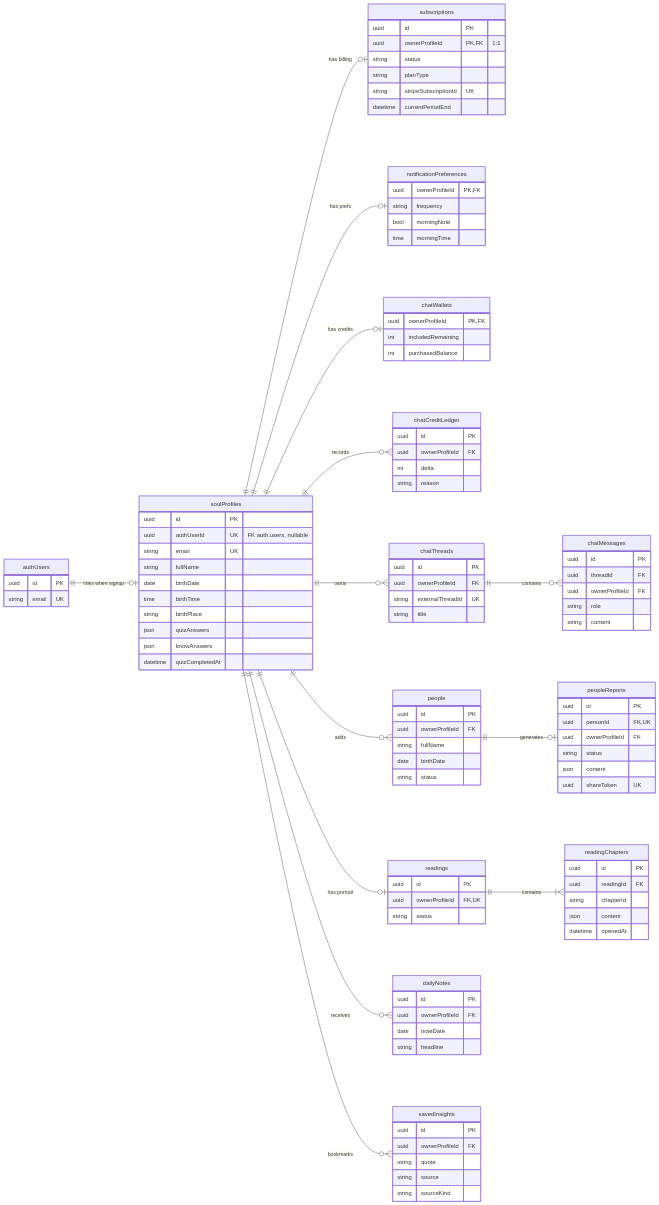
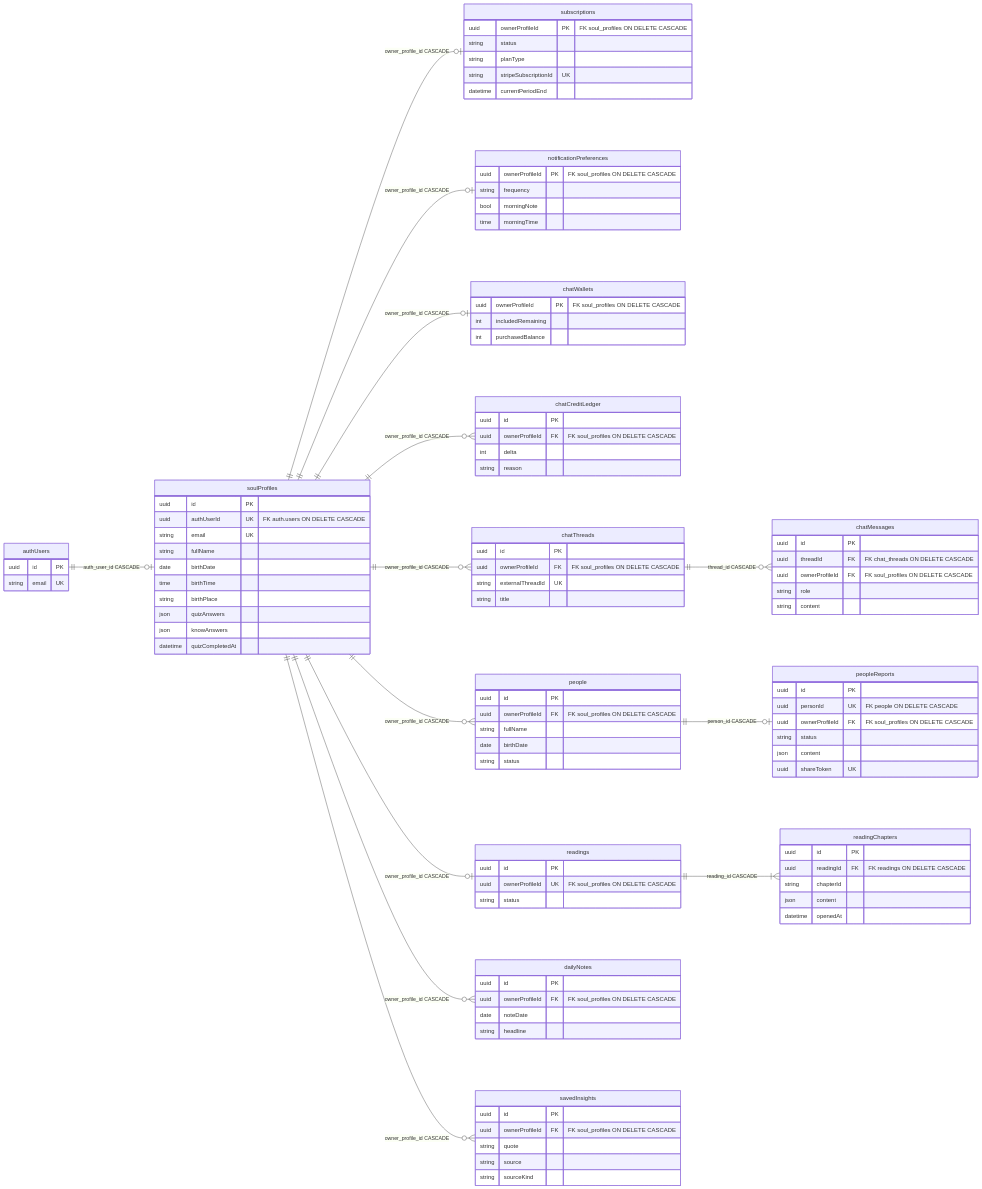
The diagram in supabase/erd.md (Faisal-Sha/soulai-frontend), drawn with Mermaid before and after one commit. The commit also changed other lines of this file and 45 other files, not shown here.

```diff
--- a/supabase/erd.md
+++ b/supabase/erd.md
@@ -26,19 +45,19 @@
 erDiagram
     direction LR
 
-    authUsers ||--o| soulProfiles : "links when signup"
-    soulProfiles ||--o| subscriptions : "has billing"
-    soulProfiles ||--o| notificationPreferences : "has prefs"
-    soulProfiles ||--o| chatWallets : "has credits"
-    soulProfiles ||--o{ chatCreditLedger : "records"
-    soulProfiles ||--o{ chatThreads : "owns"
-    chatThreads ||--o{ chatMessages : "contains"
-    soulProfiles ||--o{ people : "adds"
-    people ||--o| peopleReports : "generates"
-    soulProfiles ||--o| readings : "has portrait"
-    readings ||--|{ readingChapters : "contains"
-    soulProfiles ||--o{ dailyNotes : "receives"
-    soulProfiles ||--o{ savedInsights : "bookmarks"
+    authUsers ||--o| soulProfiles : "auth_user_id CASCADE"
+    soulProfiles ||--o| subscriptions : "owner_profile_id CASCADE"
+    soulProfiles ||--o| notificationPreferences : "owner_profile_id CASCADE"
+    soulProfiles ||--o| chatWallets : "owner_profile_id CASCADE"
+    soulProfiles ||--o{ chatCreditLedger : "owner_profile_id CASCADE"
+    soulProfiles ||--o{ chatThreads : "owner_profile_id CASCADE"
+    chatThreads ||--o{ chatMessages : "thread_id CASCADE"
+    soulProfiles ||--o{ people : "owner_profile_id CASCADE"
+    people ||--o| peopleReports : "person_id CASCADE"
+    soulProfiles ||--o| readings : "owner_profile_id CASCADE"
+    readings ||--|{ readingChapters : "reading_id CASCADE"
+    soulProfiles ||--o{ dailyNotes : "owner_profile_id CASCADE"
+    soulProfiles ||--o{ savedInsights : "owner_profile_id CASCADE"
 
     authUsers {
         uuid id PK
@@ -47,7 +66,7 @@
 
     soulProfiles {
         uuid id PK
-        uuid authUserId UK "FK auth.users, nullable"
+        uuid authUserId UK "FK auth.users ON DELETE CASCADE"
         string email UK
         string fullName
         date birthDate
@@ -59,8 +78,7 @@
     }
 
     subscriptions {
-        uuid id PK
-        uuid ownerProfileId PK, FK "1:1"
+        uuid ownerProfileId PK "FK soul_profiles ON DELETE CASCADE"
         string status
         string planType
         string stripeSubscriptionId UK
@@ -68,7 +86,7 @@
     }
 
     notificationPreferences {
-        uuid ownerProfileId PK, FK
+        uuid ownerProfileId PK "FK soul_profiles ON DELETE CASCADE"
         string frequency
         bool morningNote
         time morningTime
@@ -76,7 +94,7 @@
 
     people {
         uuid id PK
-        uuid ownerProfileId FK
+        uuid ownerProfileId FK "FK soul_profiles ON DELETE CASCADE"
         string fullName
         date birthDate
         string status
@@ -84,8 +102,8 @@
 
     peopleReports {
         uuid id PK
-        uuid personId FK, UK
-        uuid ownerProfileId FK
+        uuid personId UK "FK people ON DELETE CASCADE"
+        uuid ownerProfileId FK "FK soul_profiles ON DELETE CASCADE"
         string status
         json content
         uuid shareToken UK
@@ -93,13 +111,13 @@
 
     readings {
         uuid id PK
-        uuid ownerProfileId FK, UK
+        uuid ownerProfileId UK "FK soul_profiles ON DELETE CASCADE"
         string status
     }
 
     readingChapters {
         uuid id PK
-        uuid readingId FK
+        uuid readingId FK "FK readings ON DELETE CASCADE"
         string chapterId
         json content
         datetime openedAt
@@ -107,14 +125,14 @@
 
     dailyNotes {
         uuid id PK
-        uuid ownerProfileId FK
+        uuid ownerProfileId FK "FK soul_profiles ON DELETE CASCADE"
         date noteDate
         string headline
     }
 
     savedInsights {
         uuid id PK
-        uuid ownerProfileId FK
+        uuid ownerProfileId FK "FK soul_profiles ON DELETE CASCADE"
         string quote
         string source
         string sourceKind
@@ -122,28 +140,28 @@
 
     chatThreads {
         uuid id PK
-        uuid ownerProfileId FK
+        uuid ownerProfileId FK "FK soul_profiles ON DELETE CASCADE"
         string externalThreadId UK
         string title
     }
 
     chatMessages {
         uuid id PK
-        uuid threadId FK
-        uuid ownerProfileId FK
+        uuid threadId FK "FK chat_threads ON DELETE CASCADE"
+        uuid ownerProfileId FK "FK soul_profiles ON DELETE CASCADE"
         string role
         string content
     }
 
     chatWallets {
-        uuid ownerProfileId PK, FK
+        uuid ownerProfileId PK "FK soul_profiles ON DELETE CASCADE"
         int includedRemaining
         int purchasedBalance
     }
 
     chatCreditLedger {
         uuid id PK
-        uuid ownerProfileId FK
+        uuid ownerProfileId FK "FK soul_profiles ON DELETE CASCADE"
         int delta
         string reason
     }
```
